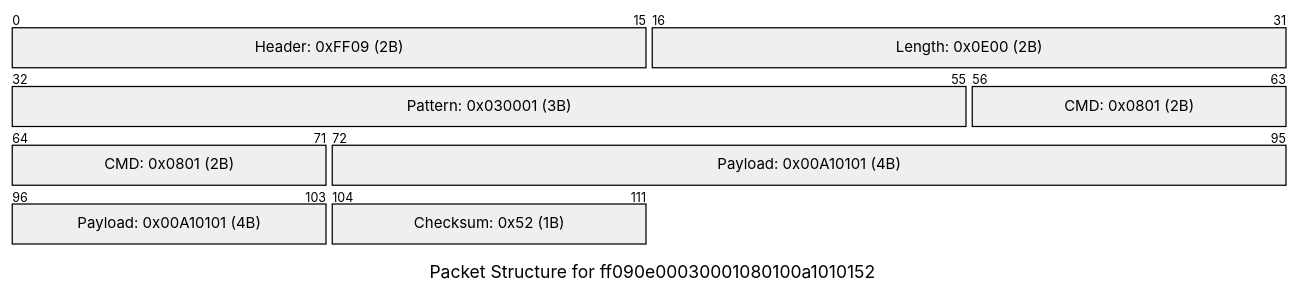
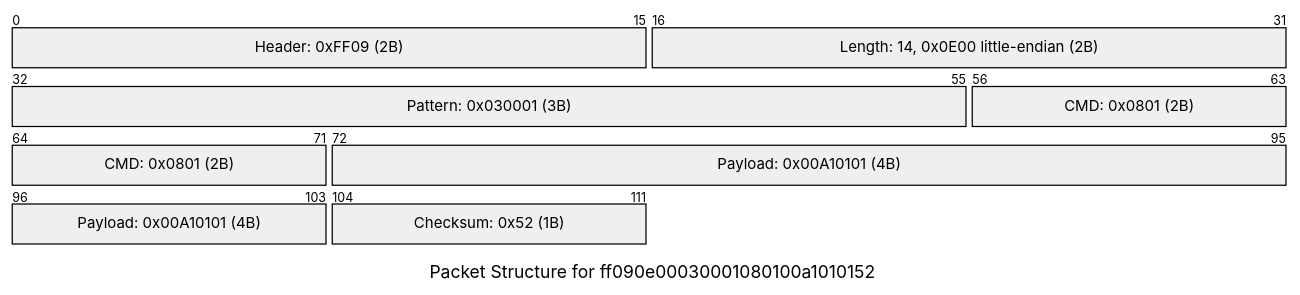
One commit to flip-dots/SolixBLE changed the second of 15 diagrams in docs/source/protocols.rst. Above: the diagram before and after it, drawn with Mermaid. The commit also changed other lines of this file, not shown here.

First line of the commit message:
Update the protocols page for the packet fields and the paths

```diff
--- a/docs/source/protocols.rst
+++ b/docs/source/protocols.rst
@@ -76,10 +88,16 @@
 .. mermaid::
 
+  ---
+  config:
+    packet:
+      bitsPerRow: 72
+      bitWidth: 16
+  ---
   packet-beta
   title Packet Structure for ff090e00030001080100a1010152
   0-15: "Header: 0xFF09 (2B)"
-  16-31: "Length: 0x0E00 (2B)"
+  16-31: "Length: 14, 0x0E00 little-endian (2B)"
   32-55: "Pattern: 0x030001 (3B)"
   56-71: "CMD: 0x0801 (2B)"
   72-103: "Payload: 0x00A10101 (4B)"
   104-111: "Checksum: 0x52 (1B)"
```
